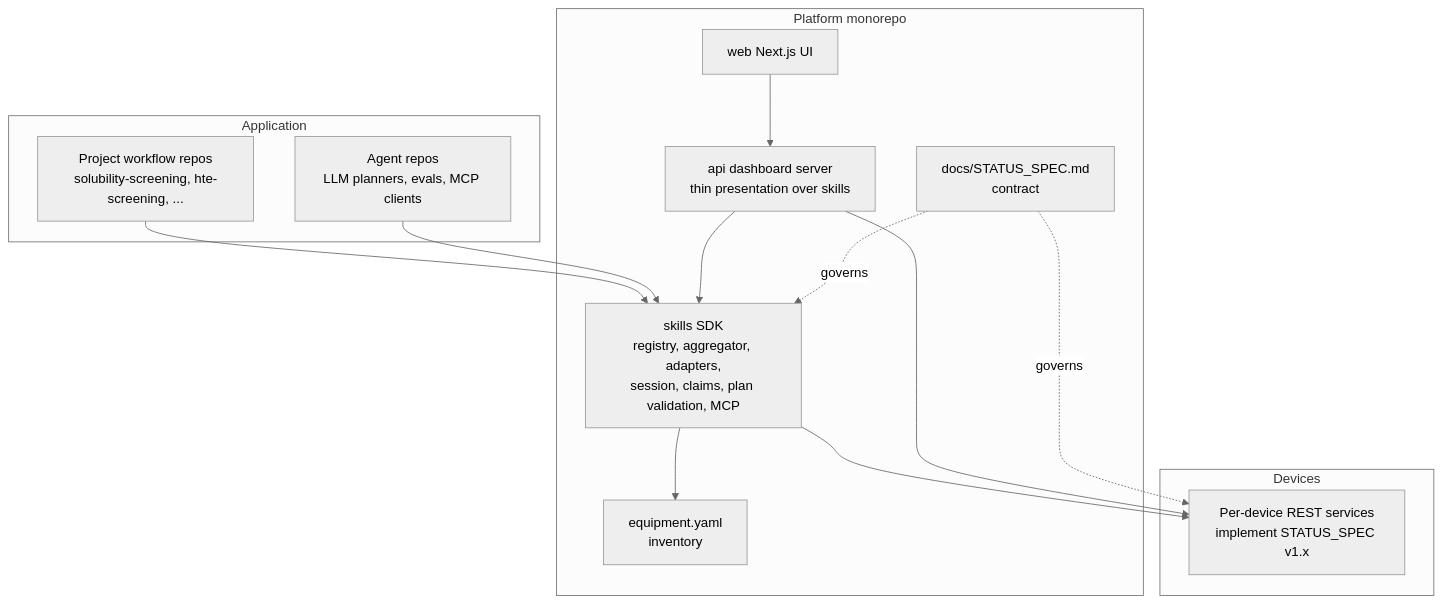
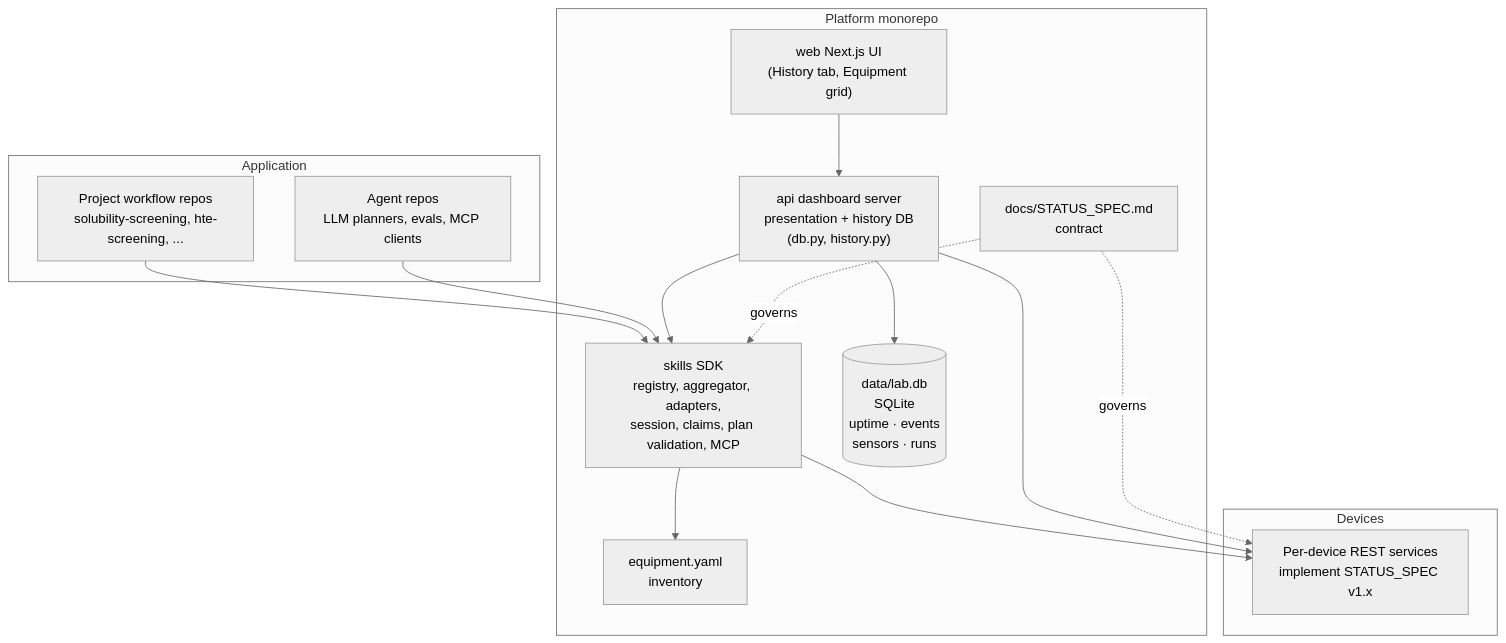
Before and after one commit to AccelerationConsortium/ac-organic-lab: the diagram in docs/ARCHITECTURE.md, drawn with Mermaid (neutral theme). The commit also changed other lines of this file and 2 other files, not shown here.

Commit message:
feat (history)

````diff
--- a/docs/ARCHITECTURE.md
+++ b/docs/ARCHITECTURE.md
@@ -25,29 +25,31 @@
 ```mermaid
 graph TB
     subgraph applayer [Application]
       proj["Project workflow repos<br/>solubility-screening, hte-screening, ..."]
       agents["Agent repos<br/>LLM planners, evals, MCP clients"]
     end
 
     subgraph platform [Platform monorepo]
       skills["skills SDK<br/>registry, aggregator, adapters,<br/>session, claims, plan validation, MCP"]
-      api["api dashboard server<br/>thin presentation over skills"]
-      web["web Next.js UI"]
+      api["api dashboard server<br/>presentation + history DB<br/>(db.py, history.py)"]
+      db[("data/lab.db<br/>SQLite<br/>uptime · events<br/>sensors · runs")]
+      web["web Next.js UI<br/>(History tab, Equipment grid)"]
       yaml["equipment.yaml<br/>inventory"]
       spec["docs/STATUS_SPEC.md<br/>contract"]
     end
 
     subgraph devicelayer [Devices]
       dev["Per-device REST services<br/>implement STATUS_SPEC v1.x"]
     end
 
     proj --> skills
     agents --> skills
     api --> skills
     web --> api
     skills --> yaml
     skills --> dev
     api --> dev
+    api --> db
     spec -.governs.-> dev
     spec -.governs.-> skills
 ```
````
